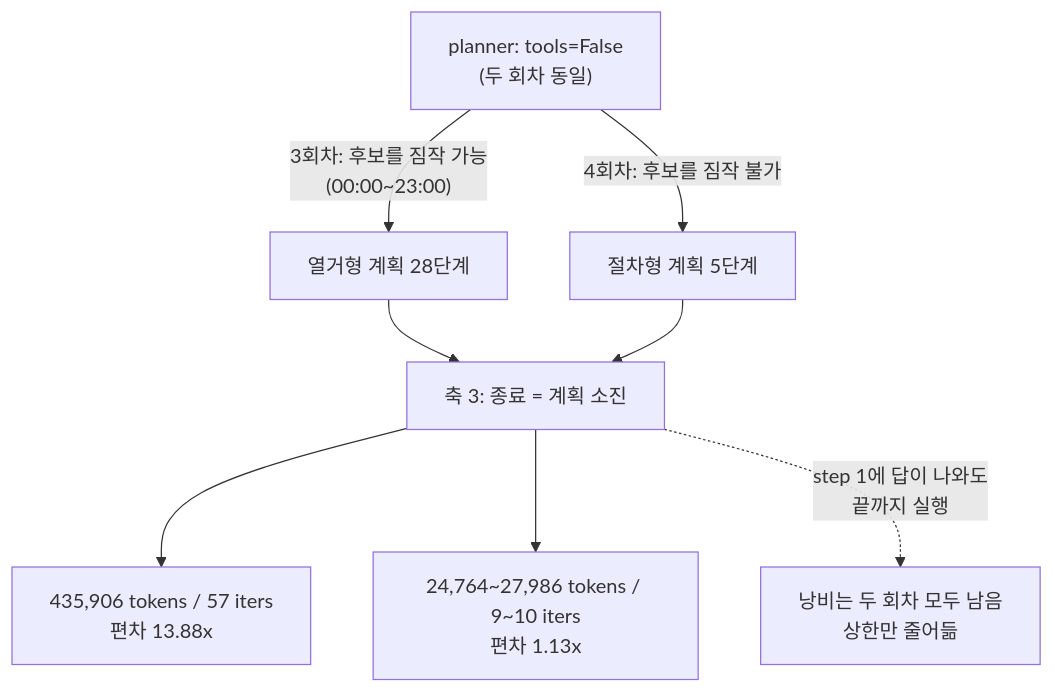
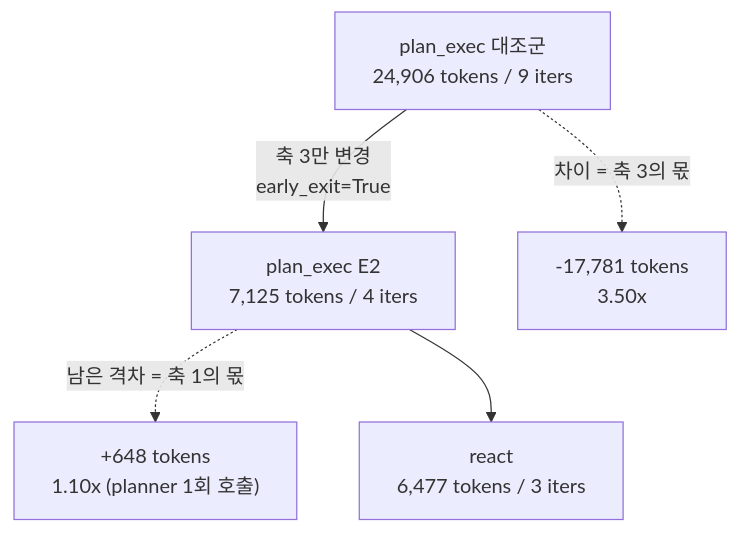
Before and after one commit to Q00/ai-agent-engineering-101: the second of 2 diagrams in submissions/25622005/week-02/REPORT.md, drawn with Mermaid. The commit also changed other lines of this file, not shown here.

````diff
--- a/submissions/25622005/week-02/REPORT.md
+++ b/submissions/25622005/week-02/REPORT.md
@@ -104,11 +159,9 @@
 ```mermaid
 flowchart TD
-    P["planner: tools=False<br/>(두 회차 동일)"]
-    P -->|"3회차: 후보를 짐작 가능<br/>(00:00~23:00)"| E["열거형 계획 28단계"]
-    P -->|"4회차: 후보를 짐작 불가"| G["절차형 계획 5단계"]
-    E --> T["축 3: 종료 = 계획 소진"]
-    G --> T
-    T --> R1["435,906 tokens / 57 iters<br/>편차 13.88x"]
-    T --> R2["24,764~27,986 tokens / 9~10 iters<br/>편차 1.13x"]
-    T -.->|"step 1에 답이 나와도<br/>끝까지 실행"| W["낭비는 두 회차 모두 남음<br/>상한만 줄어듦"]
+    P["plan_exec 대조군<br/>24,906 tokens / 9 iters"]
+    P -->|"축 3만 변경<br/>early_exit=True"| E["plan_exec E2<br/>7,125 tokens / 4 iters"]
+    P -.->|"차이 = 축 3의 몫"| D1["-17,781 tokens<br/>3.50x"]
+    E -.->|"남은 격차 = 축 1의 몫"| D2["+648 tokens<br/>1.10x (planner 1회 호출)"]
+    R["react<br/>6,477 tokens / 3 iters"]
+    E --> R
 ```
````
